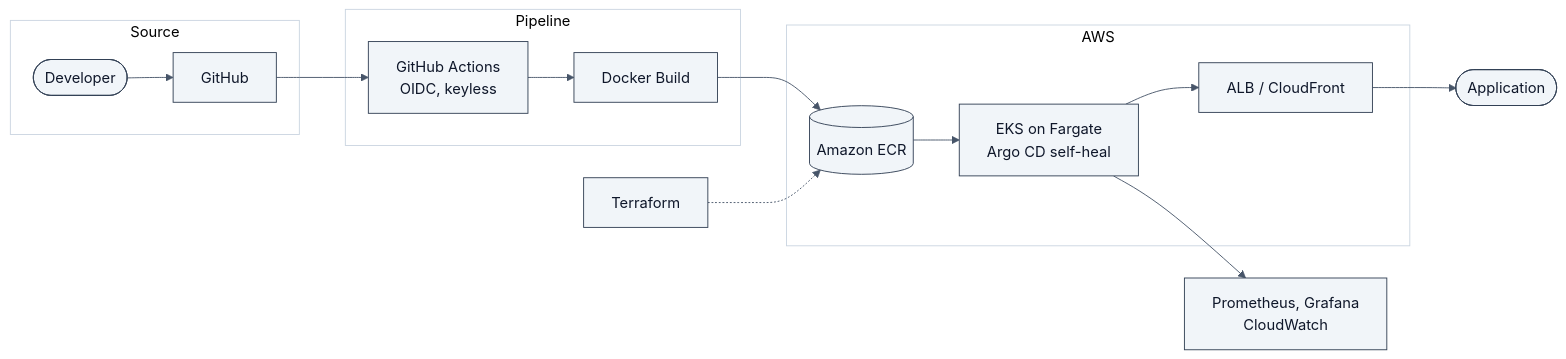
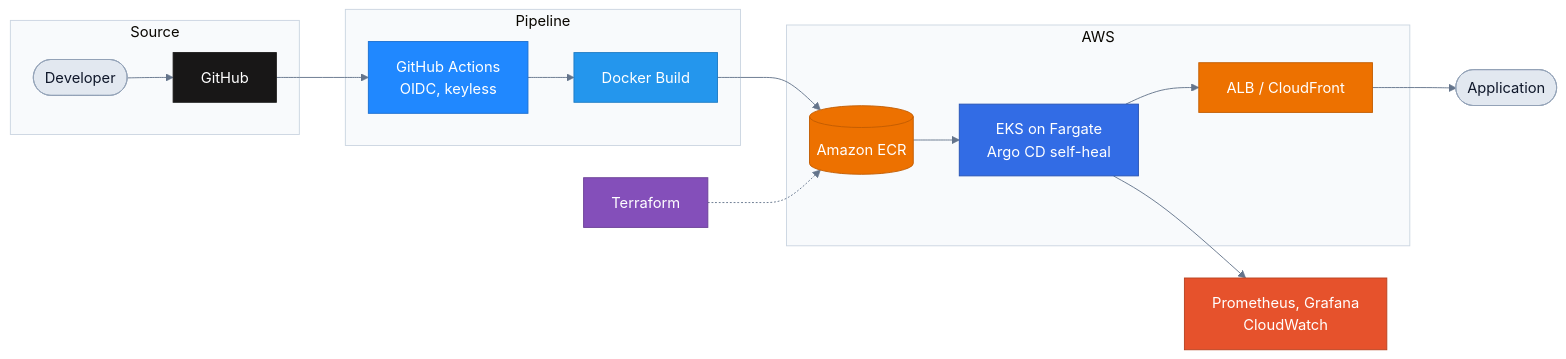
One commit to Rohit-1920/Rohit-1920 changed the first of 7 diagrams in README.md. Above: the diagram before and after it, drawn with Mermaid. The commit also changed other lines of this file, not shown here.

````diff
--- a/README.md
+++ b/README.md
@@ -147,19 +147,36 @@
 ```mermaid
-%%{init: {'theme':'base','themeVariables':{'fontFamily':'Inter, ui-sans-serif, system-ui, sans-serif','primaryColor':'#F1F5F9','primaryBorderColor':'#334155','primaryTextColor':'#0F172A','lineColor':'#475569','clusterBkg':'#FFFFFF','clusterBorder':'#CBD5E1'}}}%%
+%%{init: {'theme':'base','themeVariables':{'fontFamily':'Inter, ui-sans-serif, system-ui, sans-serif','lineColor':'#64748B','primaryTextColor':'#0F172A','clusterBkg':'#F8FAFC','clusterBorder':'#CBD5E1'}}}%%
 flowchart LR
   subgraph SRC["Source"]
     DEV(["Developer"]) --> GH["GitHub"]
   end
   subgraph PIPE["Pipeline"]
     GA["GitHub Actions<br/>OIDC, keyless"] --> BLD["Docker Build"]
   end
   subgraph AWS["AWS"]
     ECR[("Amazon ECR")] --> EKS["EKS on Fargate<br/>Argo CD self-heal"]
     EKS --> EDGE["ALB / CloudFront"]
   end
   GH --> GA
   BLD --> ECR
   EDGE --> APP(["Application"])
   EKS --> OBS["Prometheus, Grafana<br/>CloudWatch"]
   TF["Terraform"] -.-> ECR
+
+  classDef git fill:#181717,stroke:#181717,color:#FFFFFF
+  classDef ci fill:#2088FF,stroke:#1B6FD1,color:#FFFFFF
+  classDef docker fill:#2496ED,stroke:#1D7BC4,color:#FFFFFF
+  classDef aws fill:#ED7100,stroke:#C25C00,color:#FFFFFF
+  classDef k8s fill:#326CE5,stroke:#2653B3,color:#FFFFFF
+  classDef obs fill:#E6522C,stroke:#B8411F,color:#FFFFFF
+  classDef iac fill:#844FBA,stroke:#6A3F96,color:#FFFFFF
+  classDef neutral fill:#E2E8F0,stroke:#94A3B8,color:#0F172A
+  class DEV,APP neutral
+  class GH git
+  class GA ci
+  class BLD docker
+  class ECR,EDGE aws
+  class EKS k8s
+  class OBS obs
+  class TF iac
 ```
````
